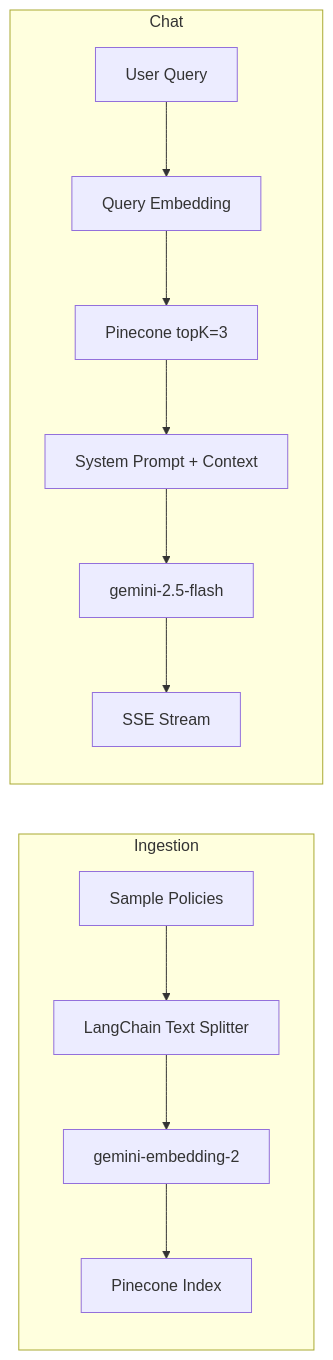
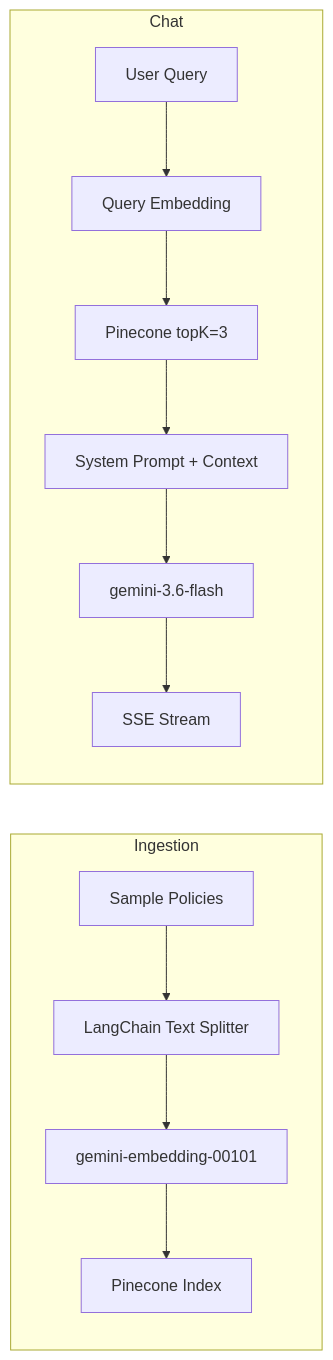
One commit to immanojverma2010/banking-rag-assistant changed the diagram in README.md. Above: the diagram before and after it, drawn with Mermaid. The commit also changed other lines of this file and 2 other files, not shown here.

````diff
--- a/README.md
+++ b/README.md
@@ -9,16 +9,16 @@
 ```mermaid
 flowchart LR
   subgraph ingest [Ingestion]
     Docs[Sample Policies] --> Split[LangChain Text Splitter]
-    Split --> Embed[gemini-embedding-2]
+    Split --> Embed[gemini-embedding-00101]
     Embed --> Pinecone[Pinecone Index]
   end
 
   subgraph chat [Chat]
     User[User Query] --> QEmbed[Query Embedding]
     QEmbed --> Search[Pinecone topK=3]
     Search --> Prompt[System Prompt + Context]
-    Prompt --> LLM[gemini-2.5-flash]
+    Prompt --> LLM[gemini-3.6-flash]
     LLM --> SSE[SSE Stream]
   end
 ```
````
